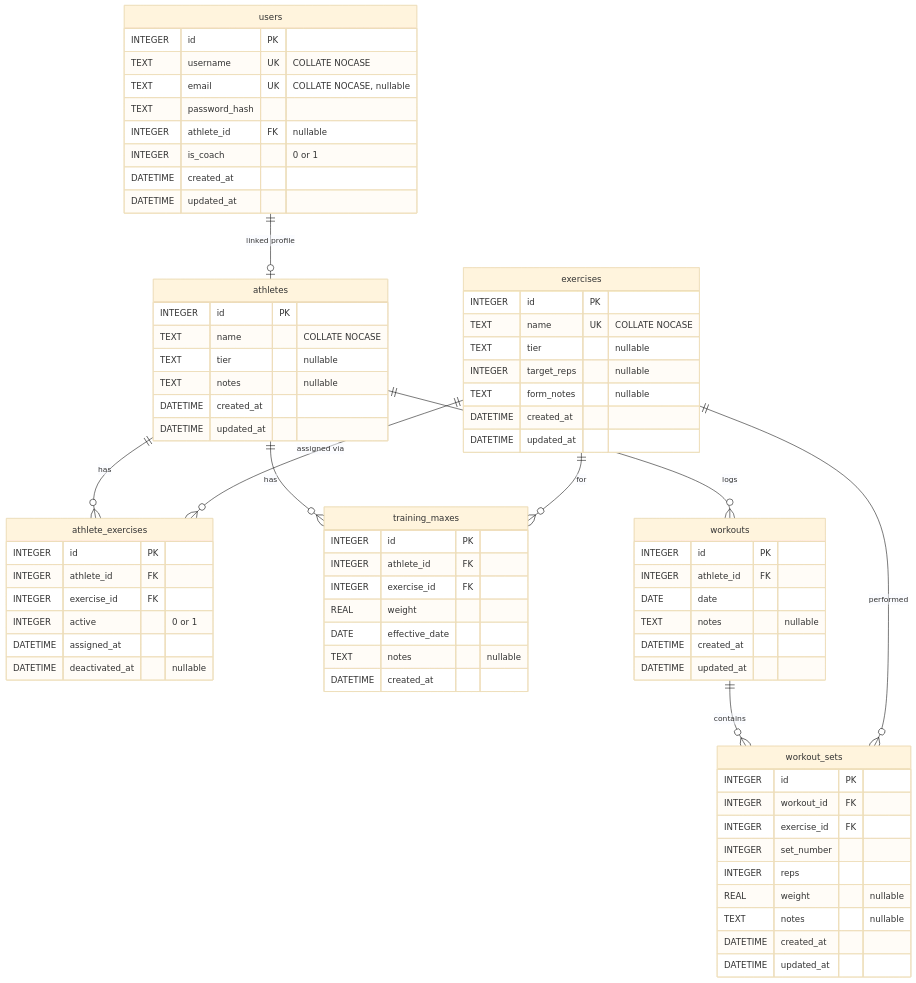
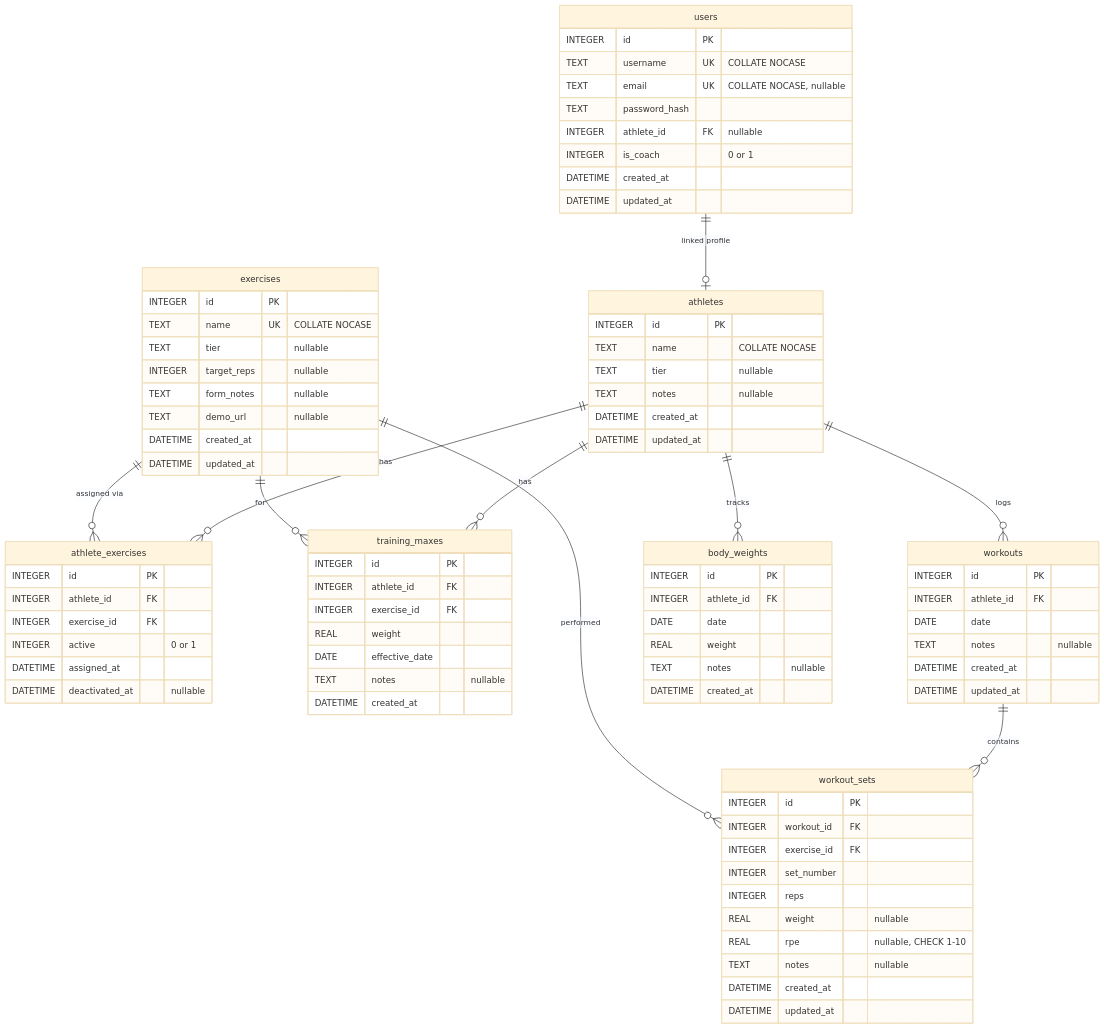
The diagram in docs/data-model.md (carpenike/replog), drawn with Mermaid (base theme) before and after one commit. The commit also changed other lines of this file and 33 other files, not shown here.

First line of the commit message:
feat: v1.1 enhancements — demo URLs, RPE, print styles, body weight

````diff
--- a/docs/data-model.md
+++ b/docs/data-model.md
@@ -58,6 +58,7 @@
         TEXT tier "nullable"
         INTEGER target_reps "nullable"
         TEXT form_notes "nullable"
+        TEXT demo_url "nullable"
         DATETIME created_at
         DATETIME updated_at
     }
@@ -97,9 +98,19 @@
         INTEGER set_number
         INTEGER reps
         REAL weight "nullable"
+        REAL rpe "nullable, CHECK 1-10"
         TEXT notes "nullable"
         DATETIME created_at
         DATETIME updated_at
+    }
+
+    body_weights {
+        INTEGER id PK
+        INTEGER athlete_id FK
+        DATE date
+        REAL weight
+        TEXT notes "nullable"
+        DATETIME created_at
     }
 
     users ||--o| athletes : "linked profile"
@@ -110,4 +121,5 @@
     athletes ||--o{ workouts : "logs"
     workouts ||--o{ workout_sets : "contains"
     exercises ||--o{ workout_sets : "performed"
+    athletes ||--o{ body_weights : "tracks"
 ```
````
